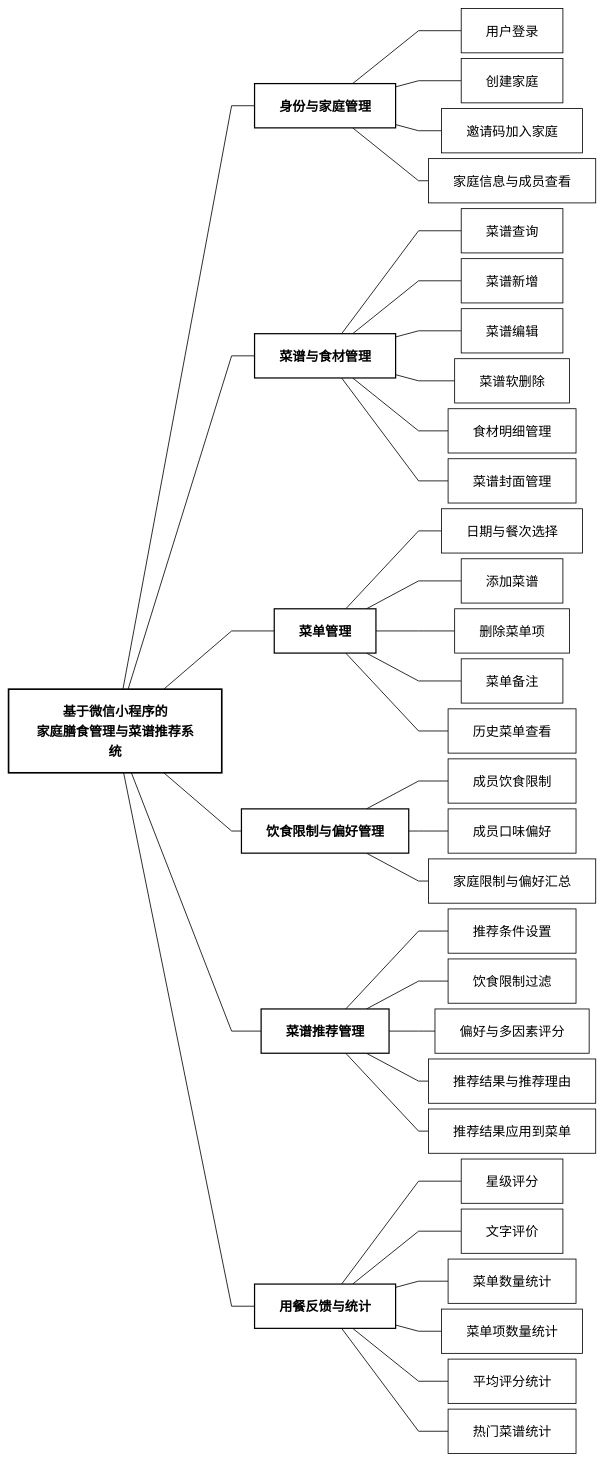
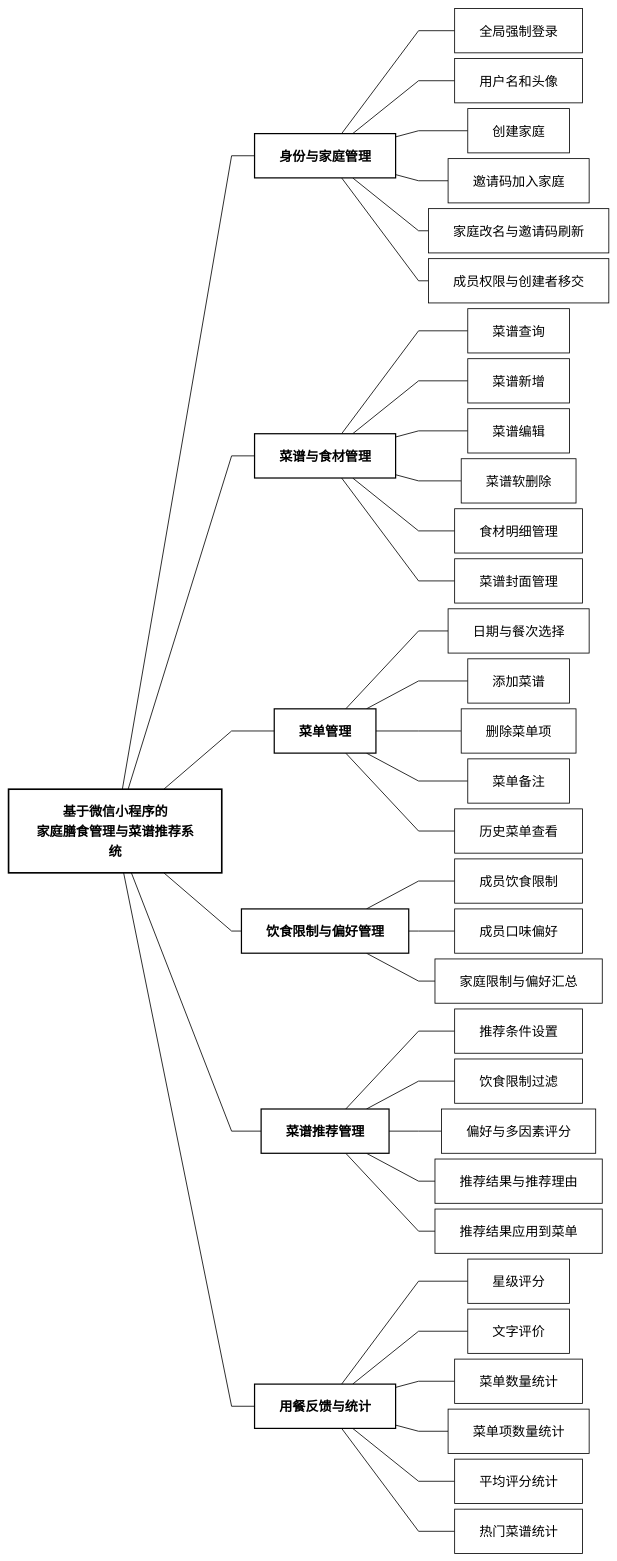
One commit to HarrisCH-EN/mealpilot changed the diagram in docs/diagrams/系统功能模块图.mmd. Above: the diagram before and after it, drawn with Mermaid. The commit also changed 93 other files, not shown here.

```diff
--- a/docs/diagrams/系统功能模块图.mmd
+++ b/docs/diagrams/系统功能模块图.mmd
@@ -1,128 +1,132 @@
 %%{init: {
   "theme": "base",
   "flowchart": {
     "curve": "linear",
     "nodeSpacing": 7,
     "rankSpacing": 24,
     "htmlLabels": false
   },
   "themeVariables": {
     "background": "#ffffff",
     "primaryColor": "#ffffff",
     "primaryTextColor": "#000000",
     "primaryBorderColor": "#000000",
     "lineColor": "#000000",
     "secondaryColor": "#ffffff",
     "tertiaryColor": "#ffffff",
     "fontFamily": "Microsoft YaHei"
   }
 }}%%
 
 flowchart LR
 
     SYS["基于微信小程序的<br/>家庭膳食管理与菜谱推荐系统"]
 
     %% 1. 身份与家庭管理
     FAM["身份与家庭管理"]
-    FAM1["用户登录"]
-    FAM2["创建家庭"]
-    FAM3["邀请码加入家庭"]
-    FAM4["家庭信息与成员查看"]
+    FAM1["全局强制登录"]
+    FAM2["用户名和头像"]
+    FAM3["创建家庭"]
+    FAM4["邀请码加入家庭"]
+    FAM5["家庭改名与邀请码刷新"]
+    FAM6["成员权限与创建者移交"]
 
     SYS --- FAM
     FAM --- FAM1
     FAM --- FAM2
     FAM --- FAM3
     FAM --- FAM4
+    FAM --- FAM5
+    FAM --- FAM6
 
     %% 2. 菜谱与食材管理
     REC["菜谱与食材管理"]
     REC1["菜谱查询"]
     REC2["菜谱新增"]
     REC3["菜谱编辑"]
     REC4["菜谱软删除"]
     REC5["食材明细管理"]
     REC6["菜谱封面管理"]
 
     SYS --- REC
     REC --- REC1
     REC --- REC2
     REC --- REC3
     REC --- REC4
     REC --- REC5
     REC --- REC6
 
     %% 3. 菜单管理
     MENU["菜单管理"]
     MENU1["日期与餐次选择"]
     MENU2["添加菜谱"]
     MENU3["删除菜单项"]
     MENU4["菜单备注"]
     MENU5["历史菜单查看"]
 
     SYS --- MENU
     MENU --- MENU1
     MENU --- MENU2
     MENU --- MENU3
     MENU --- MENU4
     MENU --- MENU5
 
     %% 4. 饮食限制与偏好管理
     PREF["饮食限制与偏好管理"]
     PREF1["成员饮食限制"]
     PREF2["成员口味偏好"]
     PREF3["家庭限制与偏好汇总"]
 
     SYS --- PREF
     PREF --- PREF1
     PREF --- PREF2
     PREF --- PREF3
 
     %% 5. 菜谱推荐管理
     RECOM["菜谱推荐管理"]
     RECOM1["推荐条件设置"]
     RECOM2["饮食限制过滤"]
     RECOM3["偏好与多因素评分"]
     RECOM4["推荐结果与推荐理由"]
     RECOM5["推荐结果应用到菜单"]
 
     SYS --- RECOM
     RECOM --- RECOM1
     RECOM --- RECOM2
     RECOM --- RECOM3
     RECOM --- RECOM4
     RECOM --- RECOM5
 
     %% 6. 用餐反馈与统计
     FEED["用餐反馈与统计"]
     FEED1["星级评分"]
     FEED2["文字评价"]
     FEED3["菜单数量统计"]
     FEED4["菜单项数量统计"]
     FEED5["平均评分统计"]
     FEED6["热门菜谱统计"]
 
     SYS --- FEED
     FEED --- FEED1
     FEED --- FEED2
     FEED --- FEED3
     FEED --- FEED4
     FEED --- FEED5
     FEED --- FEED6
 
     %% 黑白样式
     classDef systemNode fill:#ffffff,stroke:#000000,stroke-width:2px,color:#000000,font-weight:bold;
     classDef moduleNode fill:#ffffff,stroke:#000000,stroke-width:1.5px,color:#000000,font-weight:bold;
     classDef functionNode fill:#ffffff,stroke:#000000,stroke-width:1px,color:#000000;
 
     class SYS systemNode;
     class FAM,REC,MENU,PREF,RECOM,FEED moduleNode;
 
-    class FAM1,FAM2,FAM3,FAM4 functionNode;
+    class FAM1,FAM2,FAM3,FAM4,FAM5,FAM6 functionNode;
     class REC1,REC2,REC3,REC4,REC5,REC6 functionNode;
     class MENU1,MENU2,MENU3,MENU4,MENU5 functionNode;
     class PREF1,PREF2,PREF3 functionNode;
     class RECOM1,RECOM2,RECOM3,RECOM4,RECOM5 functionNode;
     class FEED1,FEED2,FEED3,FEED4,FEED5,FEED6 functionNode;
 
     linkStyle default stroke:#000000,stroke-width:1px;
```
